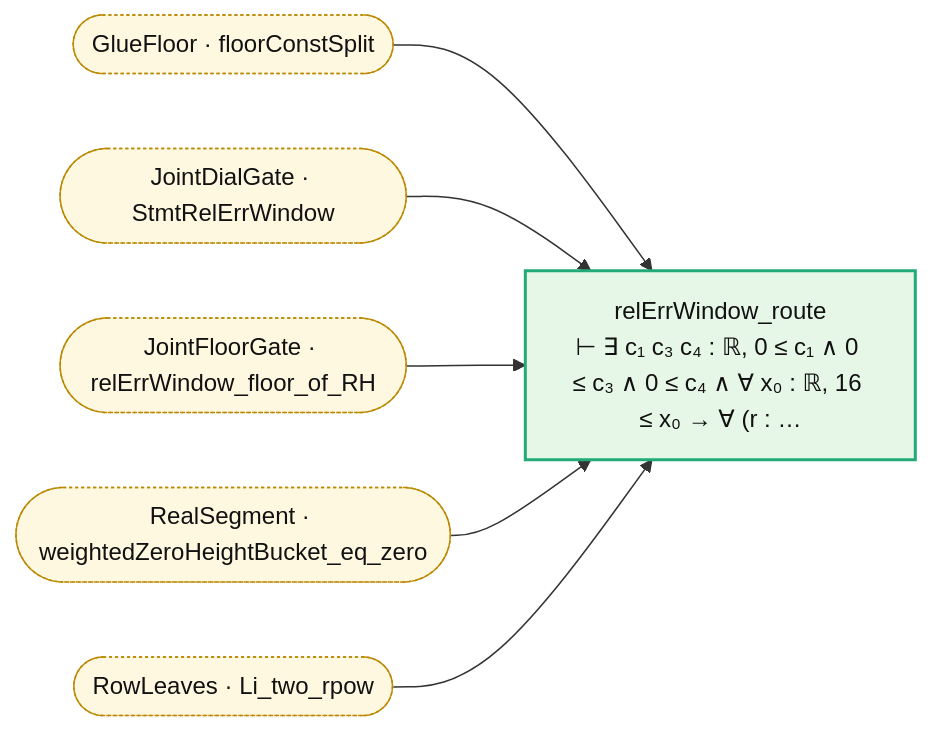
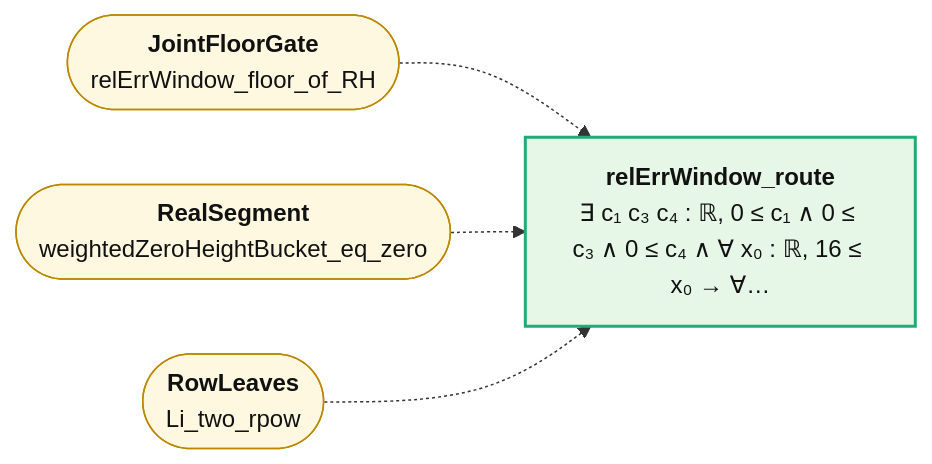
One commit to juliansambranojr/Primebeat_081426 changed the diagram in map/lean_stage3/RouteGate.md. Above: the diagram before and after it, drawn with Mermaid. The commit also changed other lines of this file and 387 other files, not shown here.

````diff
--- a/map/lean_stage3/RouteGate.md
+++ b/map/lean_stage3/RouteGate.md
@@ -8,20 +12,15 @@
 ```mermaid
 flowchart LR
-  n0["relErrWindow_route<br/>⊢ ∃ c₁ c₃ c₄ : ℝ, 0 ≤ c₁ ∧ 0 ≤ c₃ ∧ 0 ≤ c₄ ∧ ∀ x₀ : ℝ, 16 ≤ x₀ → ∀ (r : …"]:::end_
-  x0(["GlueFloor · floorConstSplit"]):::ext
-  x1(["JointDialGate · StmtRelErrWindow"]):::ext
-  x2(["JointFloorGate · relErrWindow_floor_of_RH"]):::ext
-  x3(["RealSegment · weightedZeroHeightBucket_eq_zero"]):::ext
-  x4(["RowLeaves · Li_two_rpow"]):::ext
-  x0 --> n0
-  x1 --> n0
-  x2 --> n0
-  x3 --> n0
-  x4 --> n0
+  n0["<b>relErrWindow_route</b><br/>∃ c₁ c₃ c₄ : ℝ, 0 ≤ c₁ ∧ 0 ≤ c₃ ∧ 0 ≤ c₄ ∧ ∀ x₀ : ℝ, 16 ≤ x₀ → ∀…"]:::end_
+  x0(["<b>JointFloorGate</b><br/>relErrWindow_floor_of_RH"]):::ext
+  x1(["<b>RealSegment</b><br/>weightedZeroHeightBucket_eq_zero"]):::ext
+  x2(["<b>RowLeaves</b><br/>Li_two_rpow"]):::ext
+  x0 -.-> n0
+  x1 -.-> n0
+  x2 -.-> n0
   classDef thm fill:#eef4ff,stroke:#335,color:#111
-  classDef dfn fill:#f2f2f2,stroke:#777,color:#111
   classDef end_ fill:#e7f7e7,stroke:#2a7,color:#111,stroke-width:2px
   classDef lone fill:#fff,stroke:#999,color:#111,stroke-dasharray:4 3
   classDef bad fill:#ffe5e5,stroke:#c22,color:#111,stroke-width:2px
-  classDef ext fill:#fff8e1,stroke:#b80,color:#111,stroke-dasharray:2 2
+  classDef ext fill:#fff8e1,stroke:#b80,color:#111
 ```
````
